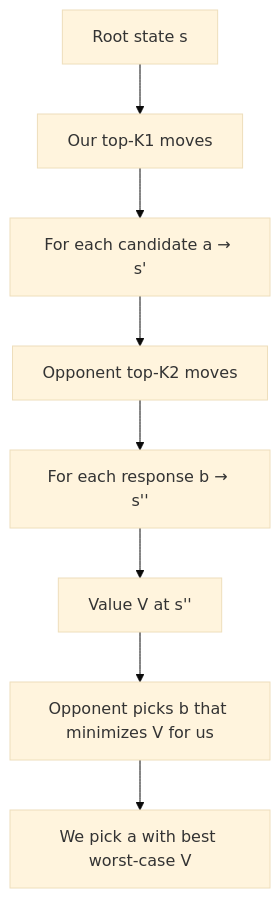
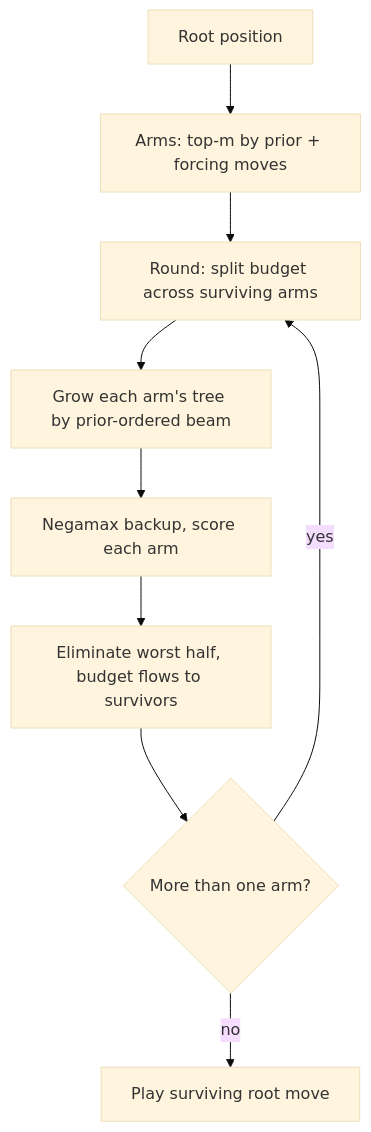
The second of 2 diagrams in content/docs/posts/imba-chess.md (viig99/viig99.github.io), drawn with Mermaid (base theme) before and after one commit. The commit also changed other lines of this file, not shown here.

```diff
--- a/content/docs/posts/imba-chess.md
+++ b/content/docs/posts/imba-chess.md
@@ -430,10 +236,11 @@
 {{< mermaid >}}
 flowchart TD
-    A[Root state s] --> B[Our top-K1 moves]
-    B --> C[For each candidate a → s']
-    C --> D[Opponent top-K2 moves]
-    D --> E[For each response b → s'']
-    E --> F[Value V at s'']
-    F --> G[Opponent picks b that minimizes V for us]
-    G --> H[We pick a with best worst-case V]
+    A[Root position] --> B[Arms: top-m by prior + forcing moves]
+    B --> C[Round: split budget across surviving arms]
+    C --> D[Grow each arm's tree by prior-ordered beam]
+    D --> E[Negamax backup, score each arm]
+    E --> F[Eliminate worst half, budget flows to survivors]
+    F --> G{More than one arm?}
+    G -- yes --> C
+    G -- no --> H[Play surviving root move]
 {{< /mermaid >}}
```
